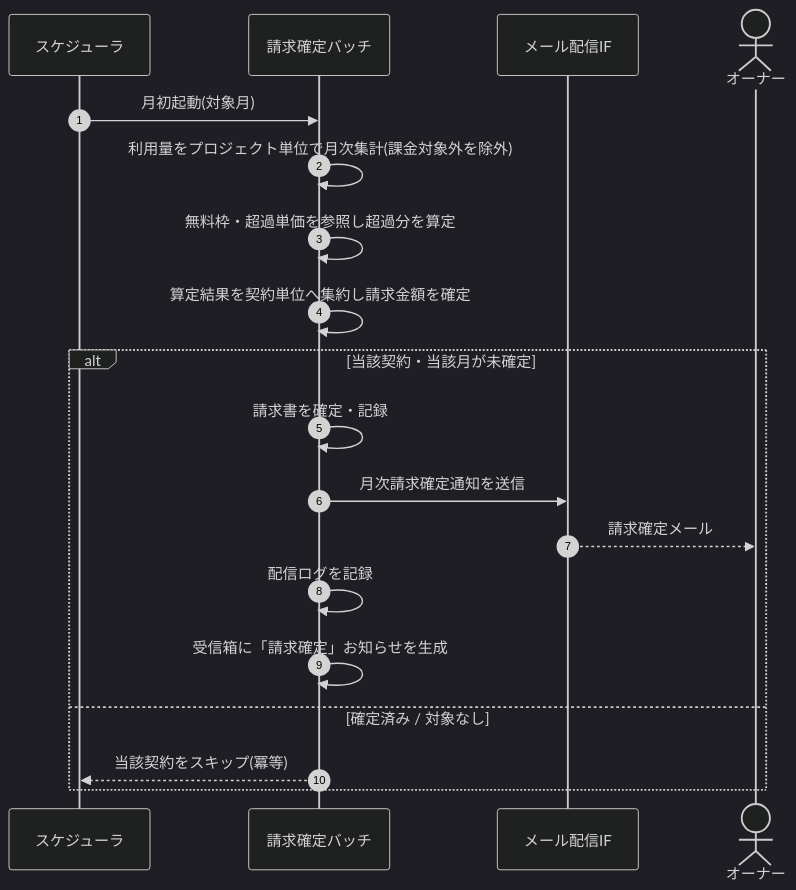
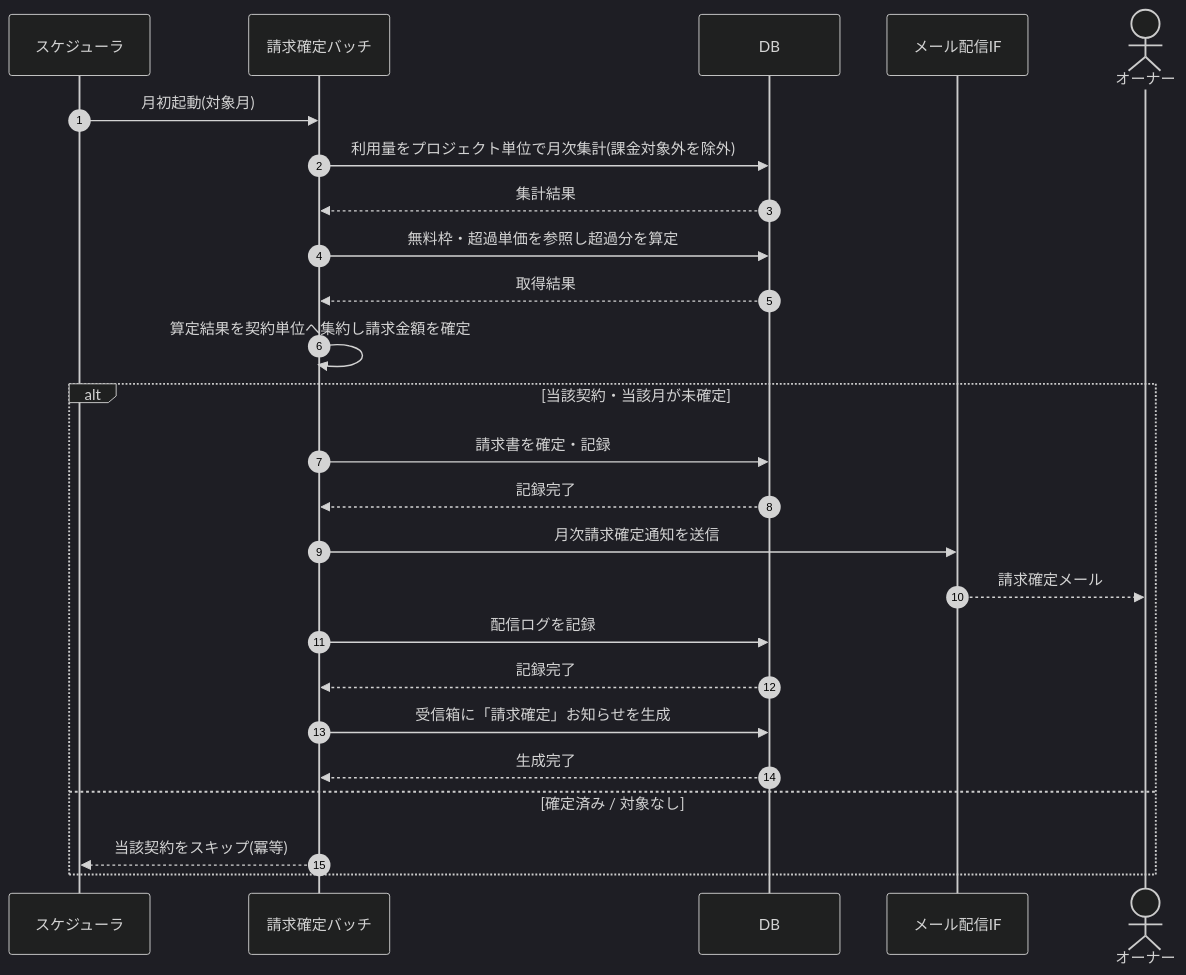
Before and after one commit to sikakou54/open-faq: the diagram in 02_basic_design/03_sequences/SEQ-093.md, drawn with Mermaid (dark theme). The commit also changed other lines of this file and 122 other files, not shown here.

First line of the commit message:
シーケンス図に DB アクターを追加(DB 操作をサーバー自己メッセージから分離)

````diff
--- a/02_basic_design/03_sequences/SEQ-093.md
+++ b/02_basic_design/03_sequences/SEQ-093.md
@@ -26,21 +26,27 @@
 ```mermaid
 sequenceDiagram
   autonumber
   participant SCH as スケジューラ
   participant B as 請求確定バッチ
+  participant DB as DB
   participant MAIL as メール配信IF
   actor O as オーナー
   SCH->>B: 月初起動(対象月)
-  B->>B: 利用量をプロジェクト単位で月次集計(課金対象外を除外)
-  B->>B: 無料枠・超過単価を参照し超過分を算定
+  B->>DB: 利用量をプロジェクト単位で月次集計(課金対象外を除外)
+  DB-->>B: 集計結果
+  B->>DB: 無料枠・超過単価を参照し超過分を算定
+  DB-->>B: 取得結果
   B->>B: 算定結果を契約単位へ集約し請求金額を確定
   alt 当該契約・当該月が未確定
-    B->>B: 請求書を確定・記録
+    B->>DB: 請求書を確定・記録
+    DB-->>B: 記録完了
     B->>MAIL: 月次請求確定通知を送信
     MAIL-->>O: 請求確定メール
-    B->>B: 配信ログを記録
-    B->>B: 受信箱に「請求確定」お知らせを生成
+    B->>DB: 配信ログを記録
+    DB-->>B: 記録完了
+    B->>DB: 受信箱に「請求確定」お知らせを生成
+    DB-->>B: 生成完了
   else 確定済み / 対象なし
     B-->>SCH: 当該契約をスキップ(冪等)
   end
 ```
````
